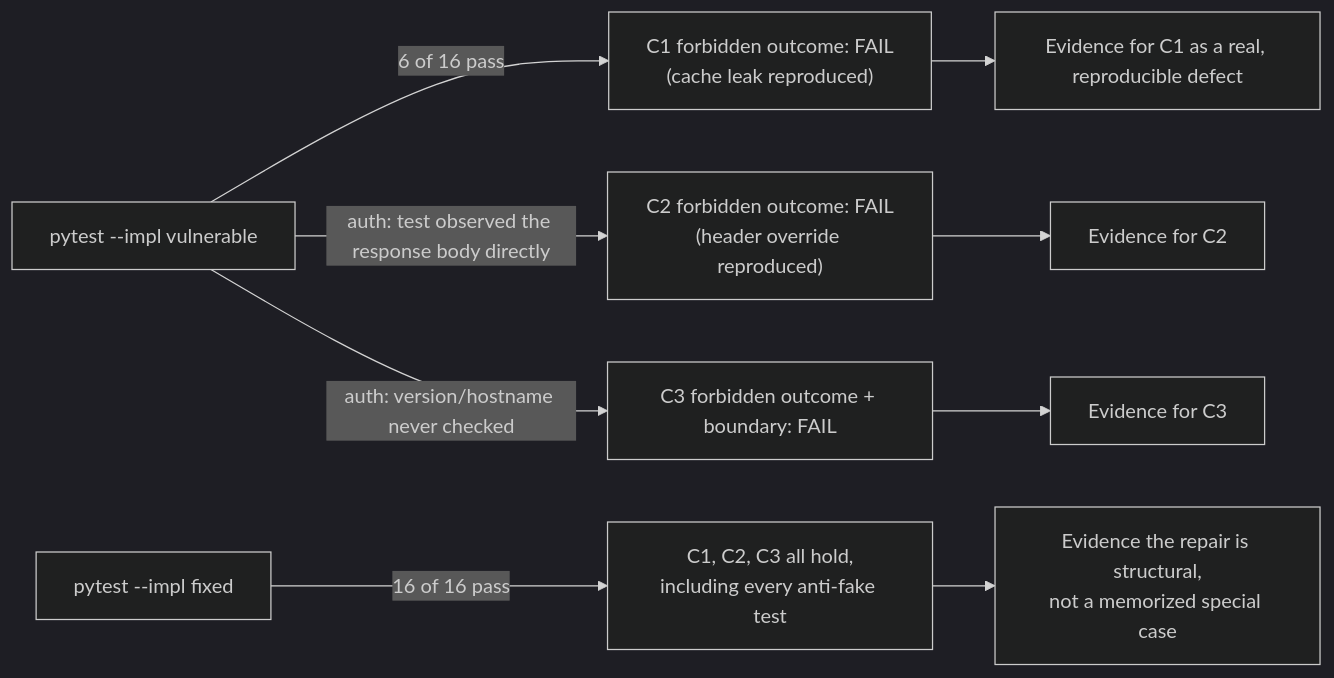
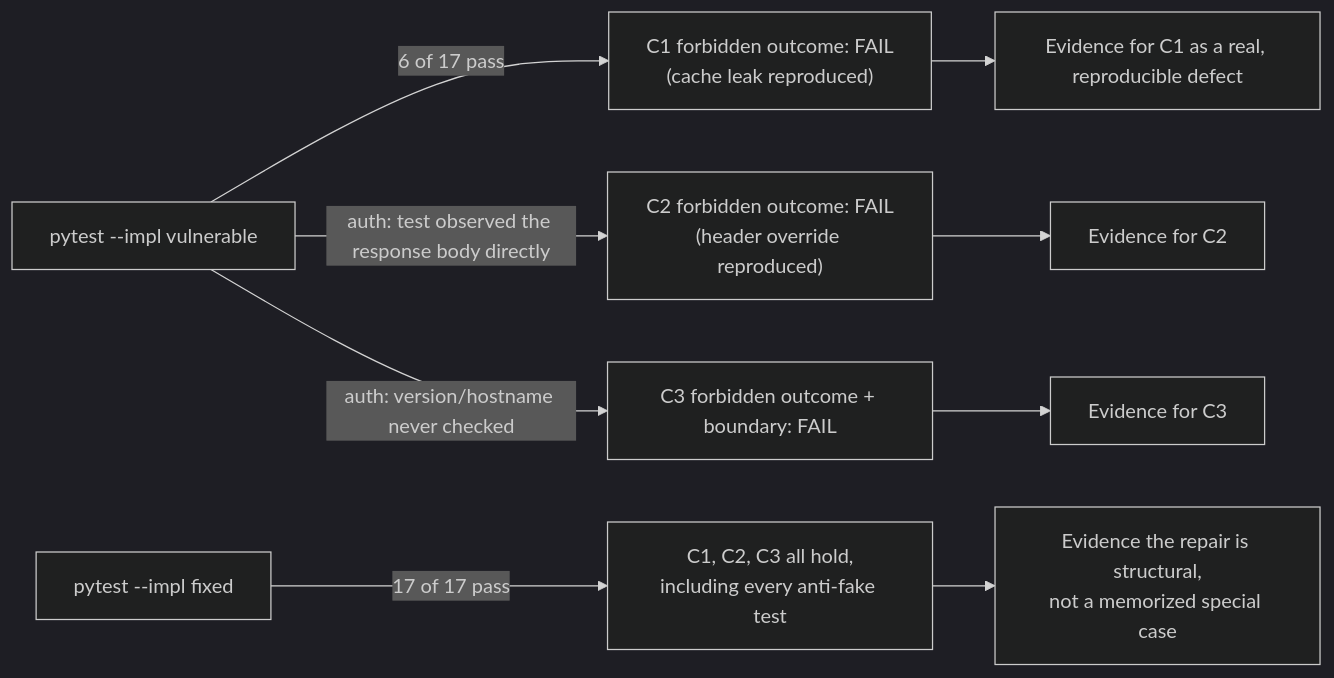
Before and after one commit to ishitvagoel/LearnSecurity: the diagram in content/modules/2/2.2/lessons/05-verify.md, drawn with Mermaid (dark theme). The commit also changed other lines of this file and 7 other files, not shown here.

````diff
--- a/content/modules/2/2.2/lessons/05-verify.md
+++ b/content/modules/2/2.2/lessons/05-verify.md
@@ -23,11 +23,11 @@
 ```mermaid
 flowchart LR
-  Run["pytest --impl vulnerable"] -->|"6 of 16 pass"| V1["C1 forbidden outcome: FAIL\n(cache leak reproduced)"]
+  Run["pytest --impl vulnerable"] -->|"6 of 17 pass"| V1["C1 forbidden outcome: FAIL\n(cache leak reproduced)"]
   Run -->|auth: test observed the response body directly| V2["C2 forbidden outcome: FAIL\n(header override reproduced)"]
   Run -->|auth: version/hostname never checked| V3["C3 forbidden outcome + boundary: FAIL"]
-  Fixed["pytest --impl fixed"] -->|"16 of 16 pass"| F1["C1, C2, C3 all hold,\nincluding every anti-fake test"]
+  Fixed["pytest --impl fixed"] -->|"17 of 17 pass"| F1["C1, C2, C3 all hold,\nincluding every anti-fake test"]
   V1 --> Claim1["Evidence for C1 as a real, reproducible defect"]
   V2 --> Claim2["Evidence for C2"]
   V3 --> Claim3["Evidence for C3"]
   F1 --> ClaimAll["Evidence the repair is structural,\nnot a memorized special case"]
 ```
````
